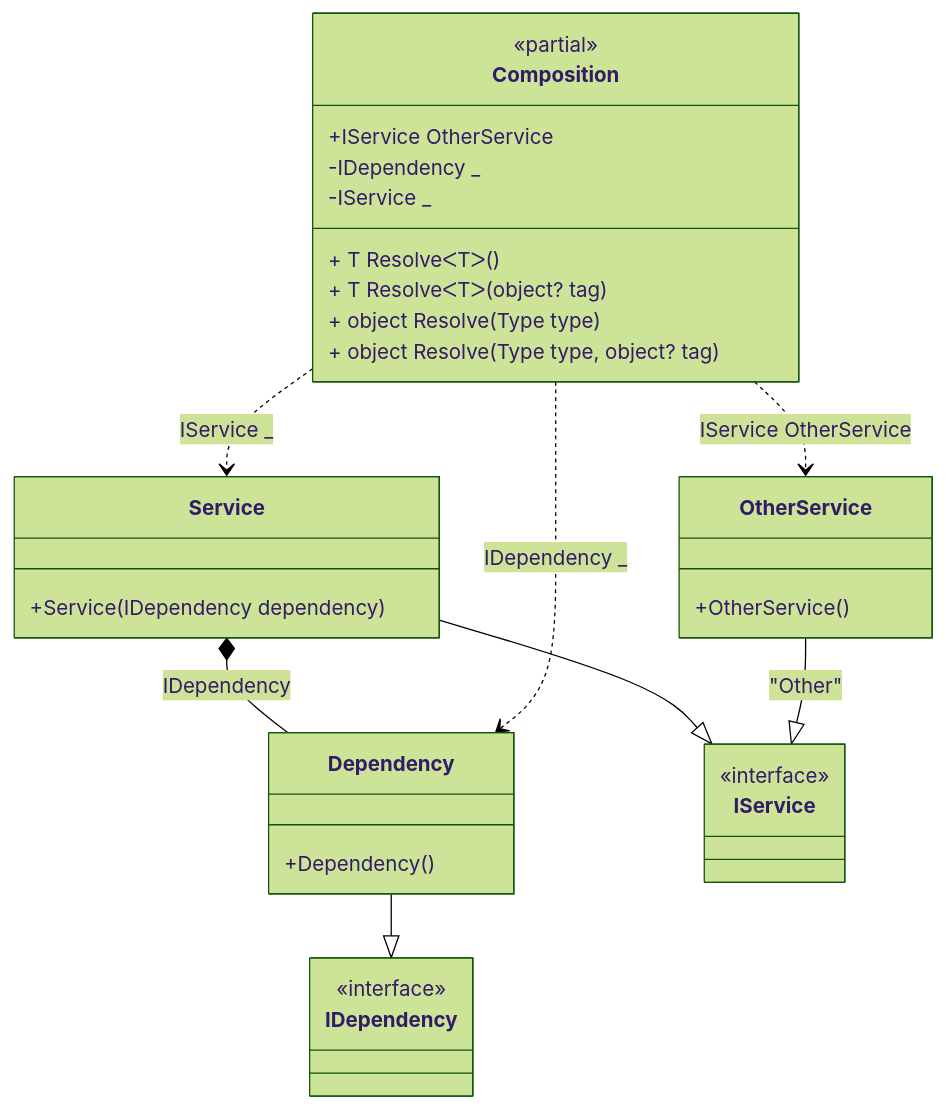
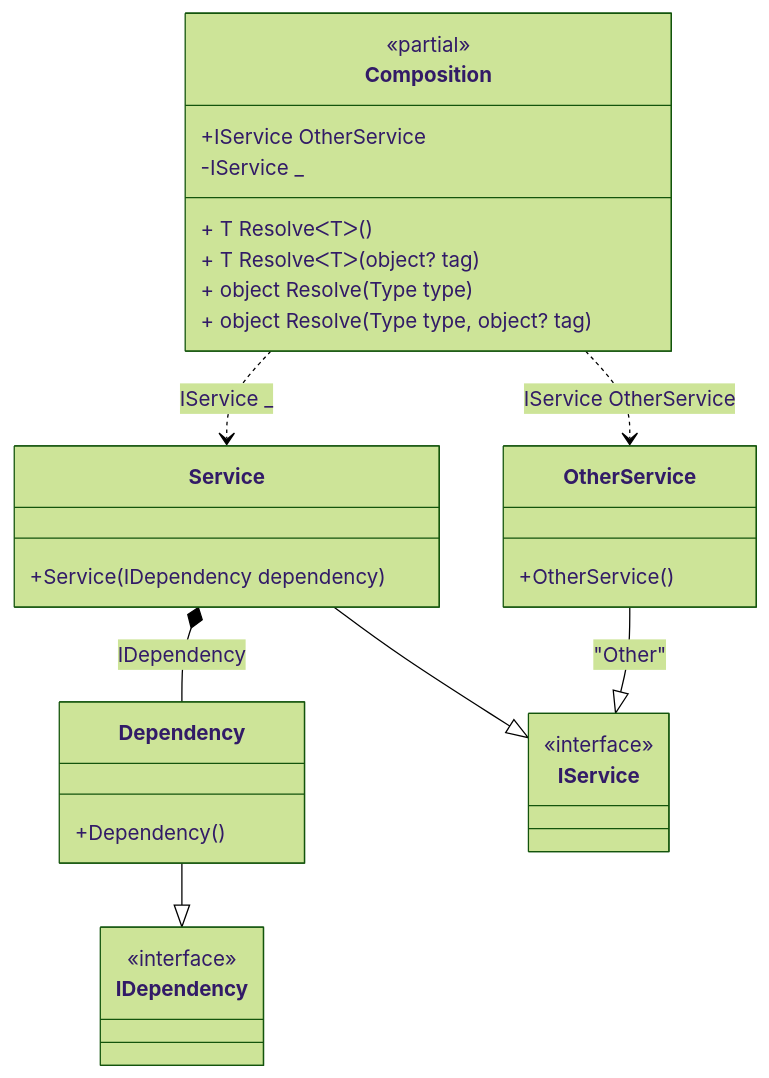
The diagram in readme/resolve-methods.md (DevTeam/Pure.DI), drawn with Mermaid (forest theme) before and after one commit. The commit also changed other lines of this file and 22 other files, not shown here.

````diff
--- a/readme/resolve-methods.md
+++ b/readme/resolve-methods.md
@@ -234,35 +202,33 @@
 ```mermaid
 classDiagram
 	class Composition {
 		<<partial>>
 		+IService OtherService
-		-IDependency _
 		-IService _
 		+ T ResolveᐸTᐳ()
 		+ T ResolveᐸTᐳ(object? tag)
 		+ object Resolve(Type type)
 		+ object Resolve(Type type, object? tag)
 	}
 	Dependency --|> IDependency
 	class Dependency {
 		+Dependency()
 	}
 	Service --|> IService
 	class Service {
 		+Service(IDependency dependency)
 	}
 	OtherService --|> IService : "Other" 
 	class OtherService {
 		+OtherService()
 	}
 	class IDependency {
 		<<interface>>
 	}
 	class IService {
 		<<interface>>
 	}
 	Service *--  Dependency : IDependency
-	Composition ..> Dependency : IDependency _
 	Composition ..> Service : IService _
 	Composition ..> OtherService : IService OtherService
 ```
````
